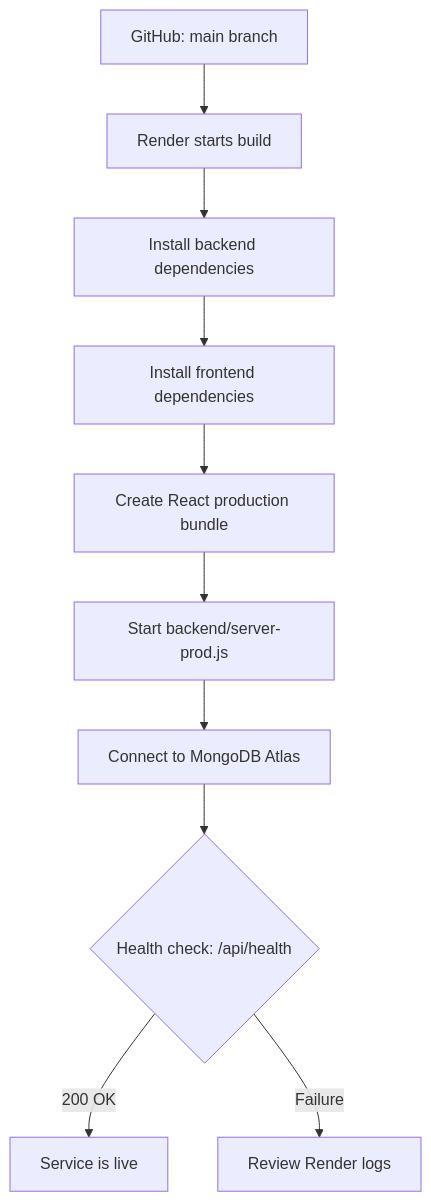
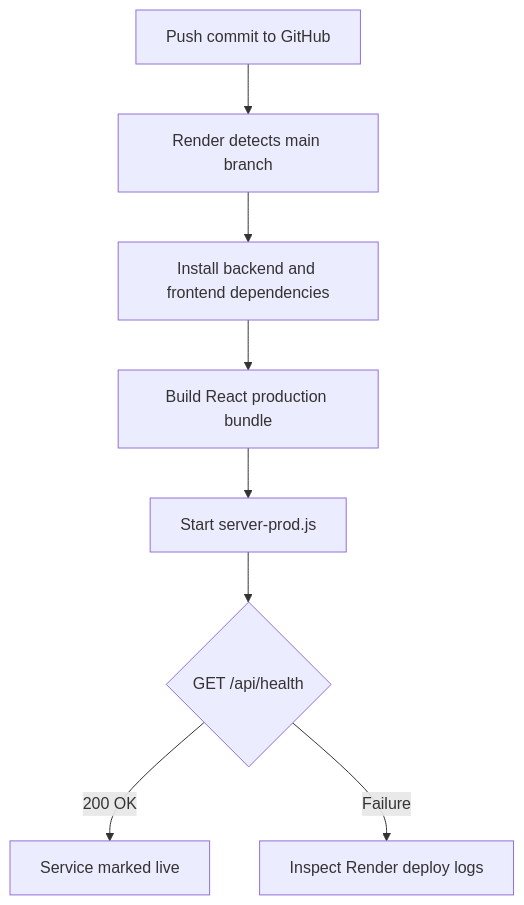
One commit to kuldeeppatil2911/cortexops changed the fourth of 4 diagrams in README.md. Above: the diagram before and after it, drawn with Mermaid. The commit also changed other lines of this file and 5 other files, not shown here.

````diff
--- a/README.md
+++ b/README.md
@@ -218,13 +260,10 @@
 ```mermaid
 flowchart TD
-    REPO[GitHub: main branch]
-    REPO --> BUILD[Render starts build]
-    BUILD --> DEPS[Install backend dependencies]
-    DEPS --> FRONTEND[Install frontend dependencies]
-    FRONTEND --> BUNDLE[Create React production bundle]
-    BUNDLE --> SERVER[Start backend/server-prod.js]
-    SERVER --> DB[Connect to MongoDB Atlas]
-    DB --> HEALTH{Health check: /api/health}
-    HEALTH -->|200 OK| LIVE[Service is live]
-    HEALTH -->|Failure| LOGS[Review Render logs]
+    Commit[Push commit to GitHub] --> Render[Render detects main branch]
+    Render --> Install[Install backend and frontend dependencies]
+    Install --> Build[Build React production bundle]
+    Build --> Start[Start server-prod.js]
+    Start --> Health{GET /api/health}
+    Health -->|200 OK| Live[Service marked live]
+    Health -->|Failure| Logs[Inspect Render deploy logs]
 ```
````
